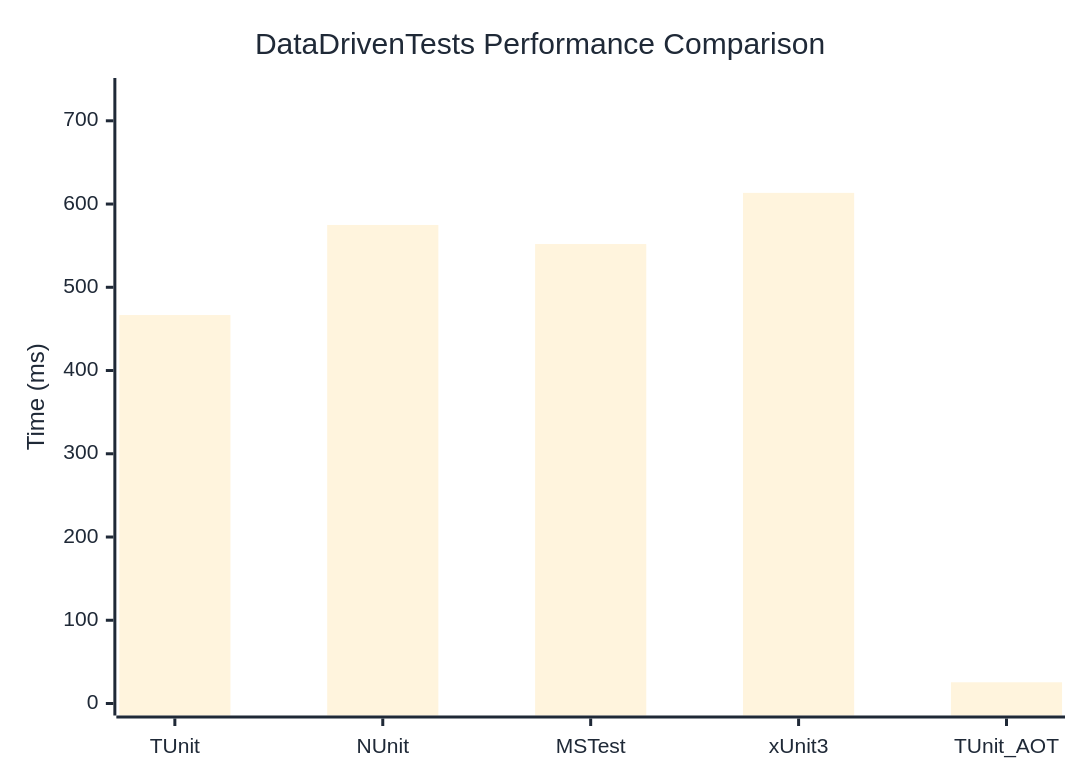
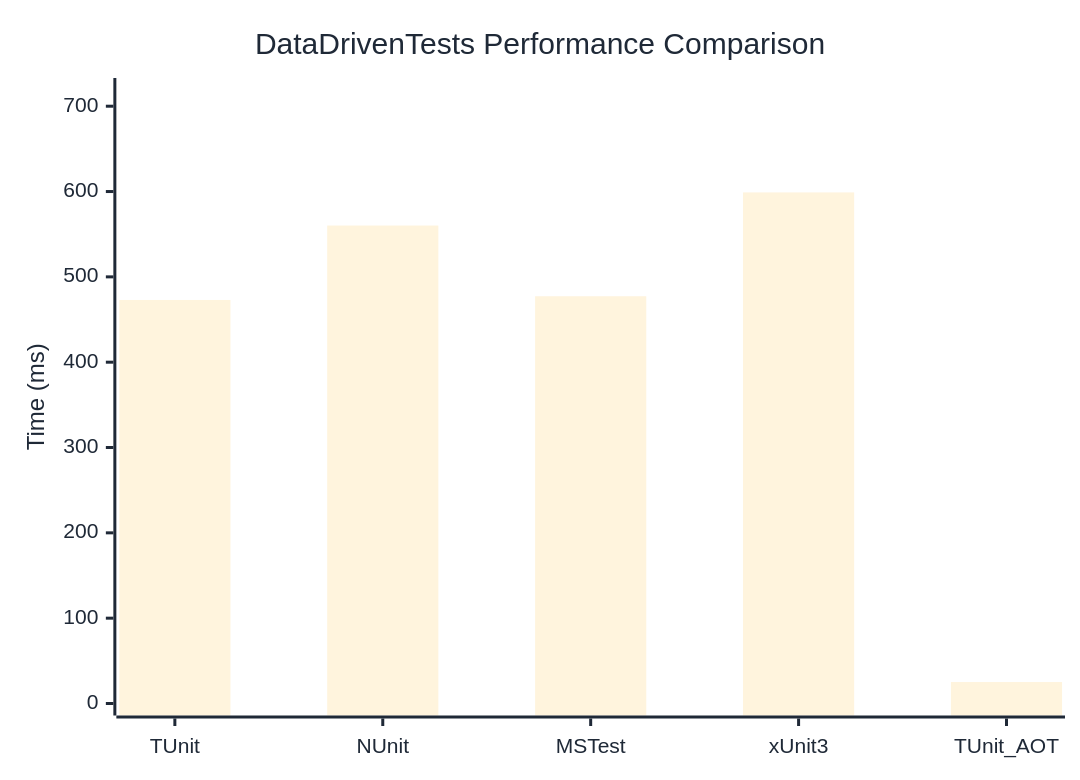
The diagram in docs/docs/benchmarks/DataDrivenTests.md (thomhurst/TUnit), drawn with Mermaid before and after one commit. The commit also changed other lines of this file and 17 other files, not shown here.

````diff
--- a/docs/docs/benchmarks/DataDrivenTests.md
+++ b/docs/docs/benchmarks/DataDrivenTests.md
@@ -27,37 +27,37 @@
 ```mermaid
 %%{init: {
   'theme':'base',
   'themeVariables': {
     'primaryColor': '#2563eb',
     'primaryTextColor': '#1f2937',
     'primaryBorderColor': '#1e40af',
     'lineColor': '#6b7280',
     'secondaryColor': '#7c3aed',
     'tertiaryColor': '#dc2626',
     'background': '#ffffff',
     'mainBkg': '#2563eb',
     'secondBkg': '#7c3aed',
     'tertiaryBkg': '#dc2626',
     'clusterBkg': '#f3f4f6',
     'edgeLabelBackground': '#ffffff',
     'tertiaryTextColor': '#1f2937',
     'pie1': '#2563eb',
     'pie2': '#7c3aed',
     'pie3': '#dc2626',
     'pie4': '#f59e0b',
     'pie5': '#10b981',
     'pie6': '#06b6d4',
     'pie7': '#ec4899',
     'pie8': '#6366f1',
     'pie9': '#84cc16',
     'pie10': '#f97316',
     'pie11': '#14b8a6',
     'pie12': '#a855f7'
   }
 }}%%
 xychart-beta
   title "DataDrivenTests Performance Comparison"
   x-axis ["TUnit", "NUnit", "MSTest", "xUnit3", "TUnit_AOT"]
-  y-axis "Time (ms)" 0 --> 737
-  bar [466.65, 574.88, 551.94, 613.43, 25.48]
+  y-axis "Time (ms)" 0 --> 719
+  bar [472.94, 560.16, 477.3, 598.98, 25.13]
 ```
````
